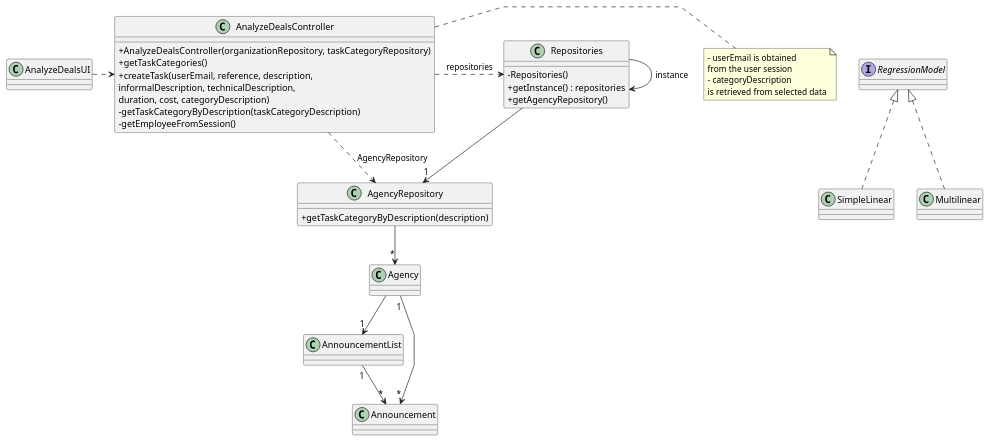
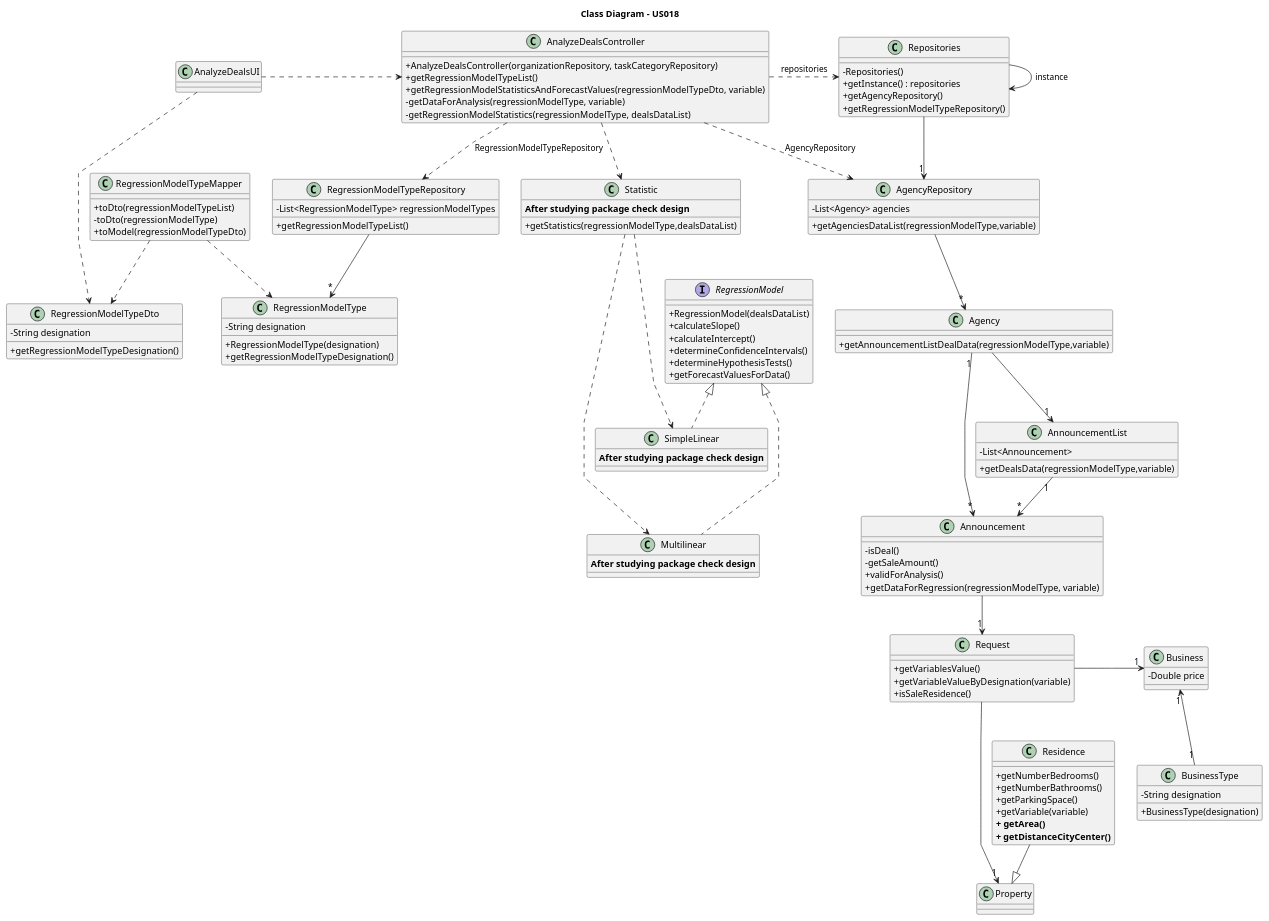
Before and after one commit to rita-barbosa/LAPR2-2223: the diagram in docs/sprintD/us018/03.design/puml/us018-class-diagram.puml, drawn with PlantUML.

Commit message:
Update class diagram [US018][Design]

```diff
--- a/docs/sprintD/us018/03.design/puml/us018-class-diagram.puml
+++ b/docs/sprintD/us018/03.design/puml/us018-class-diagram.puml
@@ -1,76 +1,157 @@
 @startuml
 'skinparam monochrome true
 skinparam packageStyle rectangle
 skinparam shadowing false
 skinparam linetype polyline
 'skinparam linetype orto
 
 skinparam classAttributeIconSize 0
 
 'left to right direction
 
 
-
+title Class Diagram - US018
 
 
 class Agency {
+    + getAnnouncementListDealData(regressionModelType,variable)
+}
 
+class AnnouncementList {
+    - List<Announcement>
+    + getDealsData(regressionModelType,variable)
+}
+
+class Announcement {
+ - isDeal()
+ - getSaleAmount()
+ + validForAnalysis()
+ + getDataForRegression(regressionModelType, variable)
 
 }
 
-class AgencyRepository {
-    + getTaskCategoryByDescription(description)
+class Request {
+ + getVariablesValue()
+ + getVariableValueByDesignation(variable)
+ + isSaleResidence()
 }
 
+class Residence {
+ + getNumberBedrooms()
+ + getNumberBathrooms()
+ + getParkingSpace()
+ + getVariable(variable)
+ **+ getArea()**
+ **+ getDistanceCityCenter()**
+}
+
+
+class AgencyRepository {
+    - List<Agency> agencies
+    + getAgenciesDataList(regressionModelType,variable)
+}
+class RegressionModelTypeRepository {
+-List<RegressionModelType> regressionModelTypes
+    + getRegressionModelTypeList()
+}
+
+class RegressionModelType {
+- String designation
++ RegressionModelType(designation)
+ + getRegressionModelTypeDesignation()
+}
+
+class RegressionModelTypeMapper {
+ + toDto(regressionModelTypeList)
+ - toDto(regressionModelType)
+ + toModel(regressionModelTypeDto)
+}
+
+class RegressionModelTypeDto {
+- String designation
++ getRegressionModelTypeDesignation()
+}
+
+class Statistic {
+**After studying package check design**
+ + getStatistics(regressionModelType,dealsDataList)
+}
+
+class Business
+{
+    - Double price
+}
+class BusinessType
+{
+- String designation
++ BusinessType(designation)
+}
 
 class Repositories {
     - Repositories()
     + getInstance() : repositories
     + getAgencyRepository()
+    + getRegressionModelTypeRepository()
 }
 
 class AnalyzeDealsController {
     + AnalyzeDealsController(organizationRepository, taskCategoryRepository)
-    + getTaskCategories()
-    + createTask(userEmail, reference, description,\ninformalDescription, technicalDescription,\nduration, cost, categoryDescription)
-    - getTaskCategoryByDescription(taskCategoryDescription)
-    - getEmployeeFromSession()
+    + getRegressionModelTypeList()
+    + getRegressionModelStatisticsAndForecastValues(regressionModelTypeDto, variable)
+    - getDataForAnalysis(regressionModelType, variable)
+    - getRegressionModelStatistics(regressionModelType, dealsDataList)
 }
 
-note right of AnalyzeDealsController
-    - userEmail is obtained
-    from the user session
-    - categoryDescription
-    is retrieved from selected data
-end note
 
 class AnalyzeDealsUI{
 }
 
 class SimpleLinear implements RegressionModel {
+**After studying package check design**
 }
 class Multilinear implements RegressionModel {
-
+**After studying package check design**
 }
-interface RegressionModel{
+interface RegressionModel {
+ + RegressionModel(dealsDataList)
+ + calculateSlope()
+ + calculateIntercept()
+ + determineConfidenceIntervals()
+ + determineHypothesisTests()
+ + getForecastValuesForData()
 }
 
 
 
 Repositories -> Repositories : instance
 
 AnalyzeDealsUI .> AnalyzeDealsController
+AnalyzeDealsUI .--> RegressionModelTypeDto
+
+RegressionModelTypeMapper .> RegressionModelTypeDto
+RegressionModelTypeMapper .-> RegressionModelType
 
 AnalyzeDealsController .> Repositories : repositories
 
 Repositories --> "1" AgencyRepository
 
 AnalyzeDealsController ..> AgencyRepository : AgencyRepository
+AnalyzeDealsController ..> RegressionModelTypeRepository : RegressionModelTypeRepository
+AnalyzeDealsController ..> Statistic
+Statistic .--> SimpleLinear
+Statistic .---> Multilinear
+
+RegressionModelTypeRepository --> "*" RegressionModelType
 
 AgencyRepository --> "*" Agency
 
 AnnouncementList "1" --> "*" Announcement
+Announcement --> "1" Request
+Request  ---> "1" Property
+    Request -> "1" Business
+    Business "1" <-- "1" BusinessType
+Residence --|> Property
 Agency "1" --> "*" Announcement
 Agency  --> "1" AnnouncementList
 
 @enduml
```
